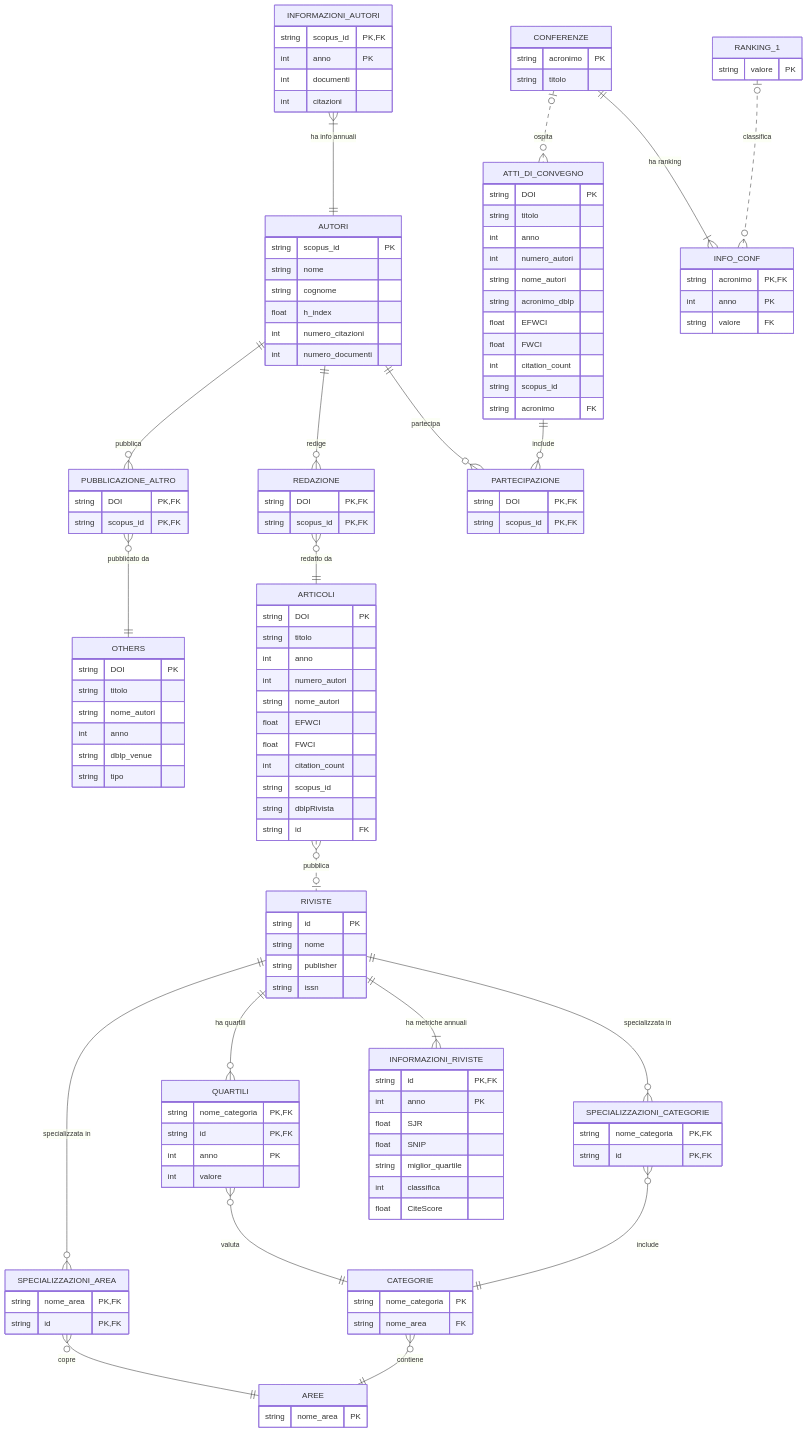
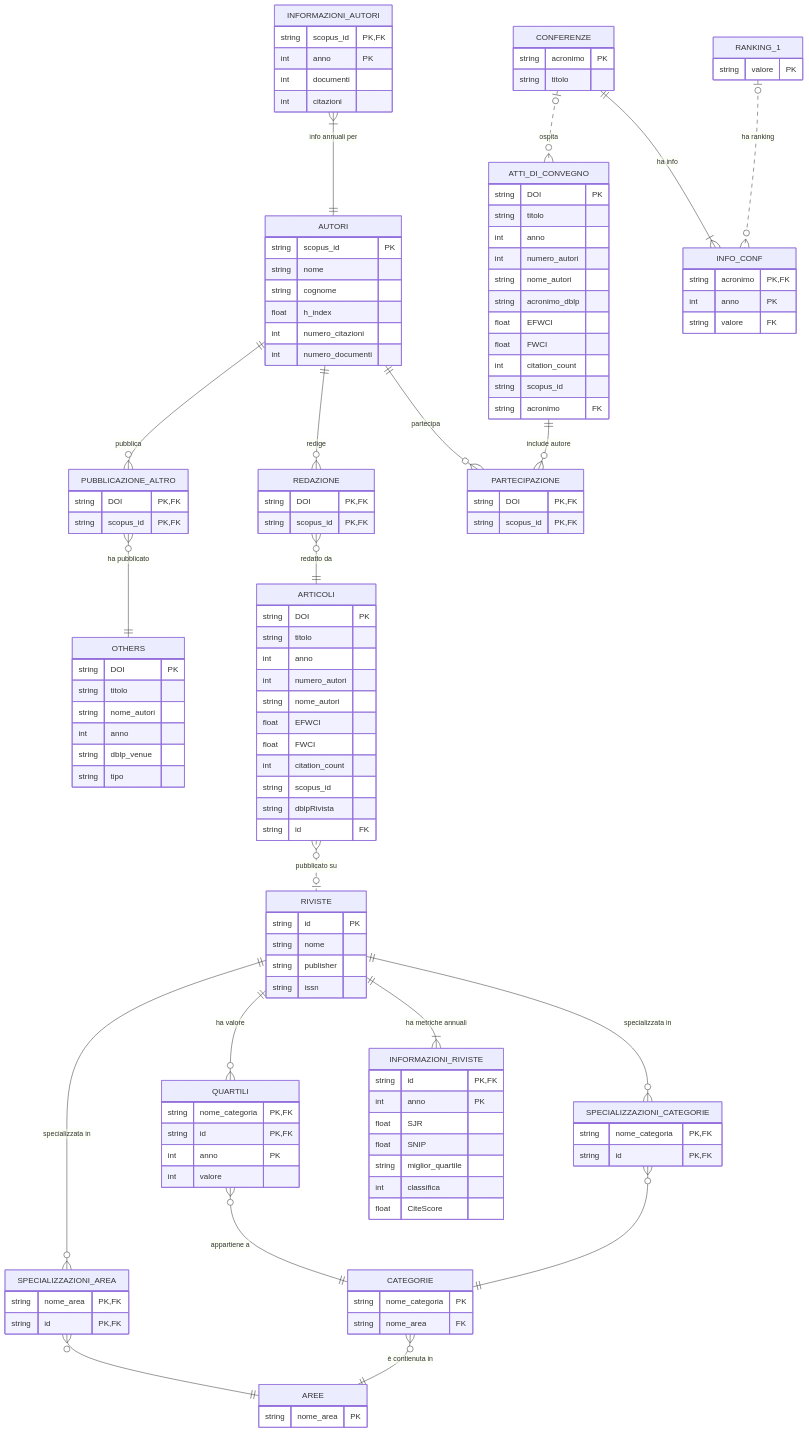
One commit to AndreaMonaco2912/docRanks changed the diagram in sql/db.md. Above: the diagram before and after it, drawn with Mermaid.

Commit message:
updated relations names

````diff
--- a/sql/db.md
+++ b/sql/db.md
@@ -300,26 +300,26 @@
     }
 
     %% Relazioni
-    INFORMAZIONI_AUTORI }|--|| AUTORI : "ha info annuali"
+    INFORMAZIONI_AUTORI }|--|| AUTORI : "info annuali per"
     AUTORI ||--o{ REDAZIONE : "redige"
     AUTORI ||--o{ PARTECIPAZIONE : "partecipa"
     AUTORI ||--o{ PUBBLICAZIONE_ALTRO : "pubblica"
 
-    PUBBLICAZIONE_ALTRO }o--|| OTHERS : "pubblicato da"
+    PUBBLICAZIONE_ALTRO }o--|| OTHERS : "ha pubblicato"
 
     REDAZIONE }o--|| ARTICOLI : "redatto da"
-    ARTICOLI }o..o| RIVISTE : "pubblica"
+    ARTICOLI }o..o| RIVISTE : "pubblicato su"
     RIVISTE ||--|{ INFORMAZIONI_RIVISTE : "ha metriche annuali"
-    RIVISTE ||--o{ QUARTILI : "ha quartili"
-    SPECIALIZZAZIONI_AREA }o--|| AREE : "copre"
-    CATEGORIE }o--|| AREE : "contiene"
-    QUARTILI }o--|| CATEGORIE : "valuta"
-    SPECIALIZZAZIONI_CATEGORIE }o--|| CATEGORIE : "include"
+    RIVISTE ||--o{ QUARTILI : "ha valore"
+    SPECIALIZZAZIONI_AREA }o--|| AREE : ""
+    CATEGORIE }o--|| AREE : "è contienuta in"
+    QUARTILI }o--|| CATEGORIE : "appartiene a"
+    SPECIALIZZAZIONI_CATEGORIE }o--|| CATEGORIE : ""
     RIVISTE ||--o{ SPECIALIZZAZIONI_AREA : "specializzata in"
     RIVISTE ||--o{ SPECIALIZZAZIONI_CATEGORIE : "specializzata in"
 
     CONFERENZE |o..o{ ATTI_DI_CONVEGNO : "ospita"
-    CONFERENZE ||--|{ INFO_CONF : "ha ranking"
-    RANKING_1 |o..o{ INFO_CONF : "classifica"
-    ATTI_DI_CONVEGNO ||--o{ PARTECIPAZIONE : "include"
+    CONFERENZE ||--|{ INFO_CONF : "ha info"
+    RANKING_1 |o..o{ INFO_CONF : "ha ranking"
+    ATTI_DI_CONVEGNO ||--o{ PARTECIPAZIONE : "include autore"
 ```
````
